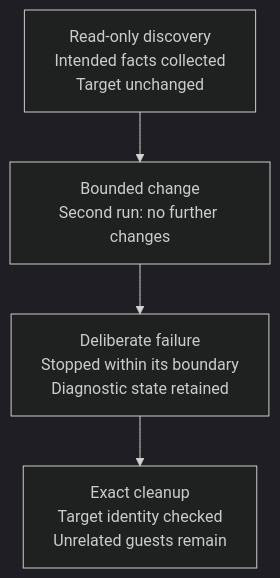
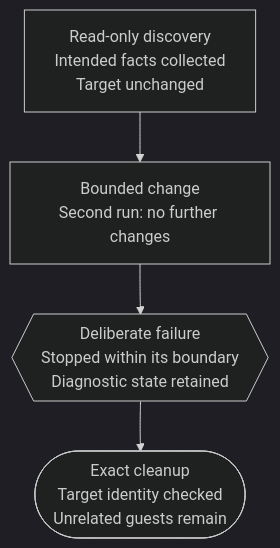
Before and after one commit to jnanic/jnanic.github.io: the fourth of 4 diagrams in site/content/blog/building-my-homelab-part5.md, drawn with Mermaid (dark theme). The commit also changed other lines of this file and 3 other files, not shown here.

Commit message:
updated mermaind diagrams on rest of the blogs.

````diff
--- a/site/content/blog/building-my-homelab-part5.md
+++ b/site/content/blog/building-my-homelab-part5.md
@@ -193,17 +194,16 @@
 ```mermaid size=compact caption="Integration pilot evidence pipeline"
 flowchart TB
     accTitle: Integration pilot evidence pipeline
     accDescr: Four integration pilots produced evidence in sequence: read-only discovery collected the intended facts without changing the target; a bounded change reported no further changes on its second run; a deliberate failure stopped within its boundary and retained diagnostic state; and exact cleanup checked the target identity while leaving unrelated guests in place.
 
     DISCOVERY["Read-only discovery<br/>Intended facts collected<br/>Target unchanged"]
     CHANGE["Bounded change<br/>Second run: no further changes"]
-    FAILURE["Deliberate failure<br/>Stopped within its boundary<br/>Diagnostic state retained"]
-    CLEANUP["Exact cleanup<br/>Target identity checked<br/>Unrelated guests remain"]
+    FAILURE{{"Deliberate failure<br/>Stopped within its boundary<br/>Diagnostic state retained"}}
+    CLEANUP(["Exact cleanup<br/>Target identity checked<br/>Unrelated guests remain"])
 
     DISCOVERY --> CHANGE --> FAILURE --> CLEANUP
 
-    class DISCOVERY source;
-    class CHANGE control;
-    class FAILURE denied;
+    class DISCOVERY,CHANGE process;
+    class FAILURE failure;
     class CLEANUP approved;
 ```
````
